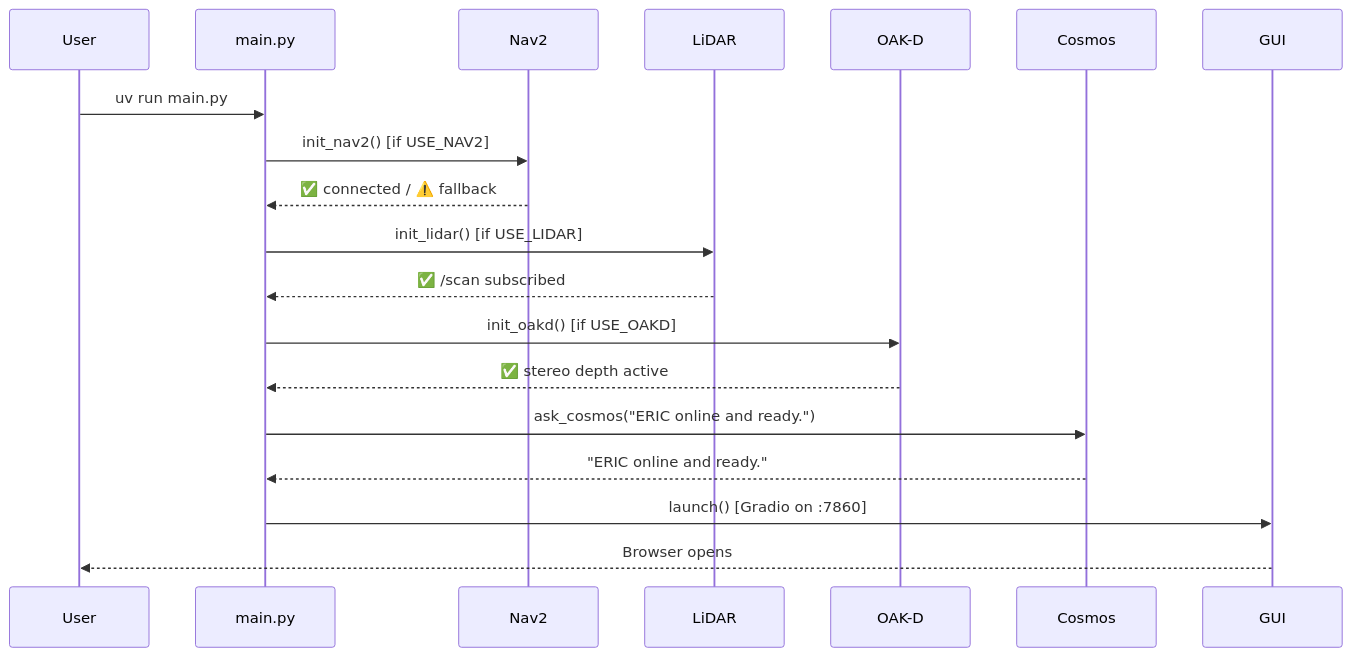
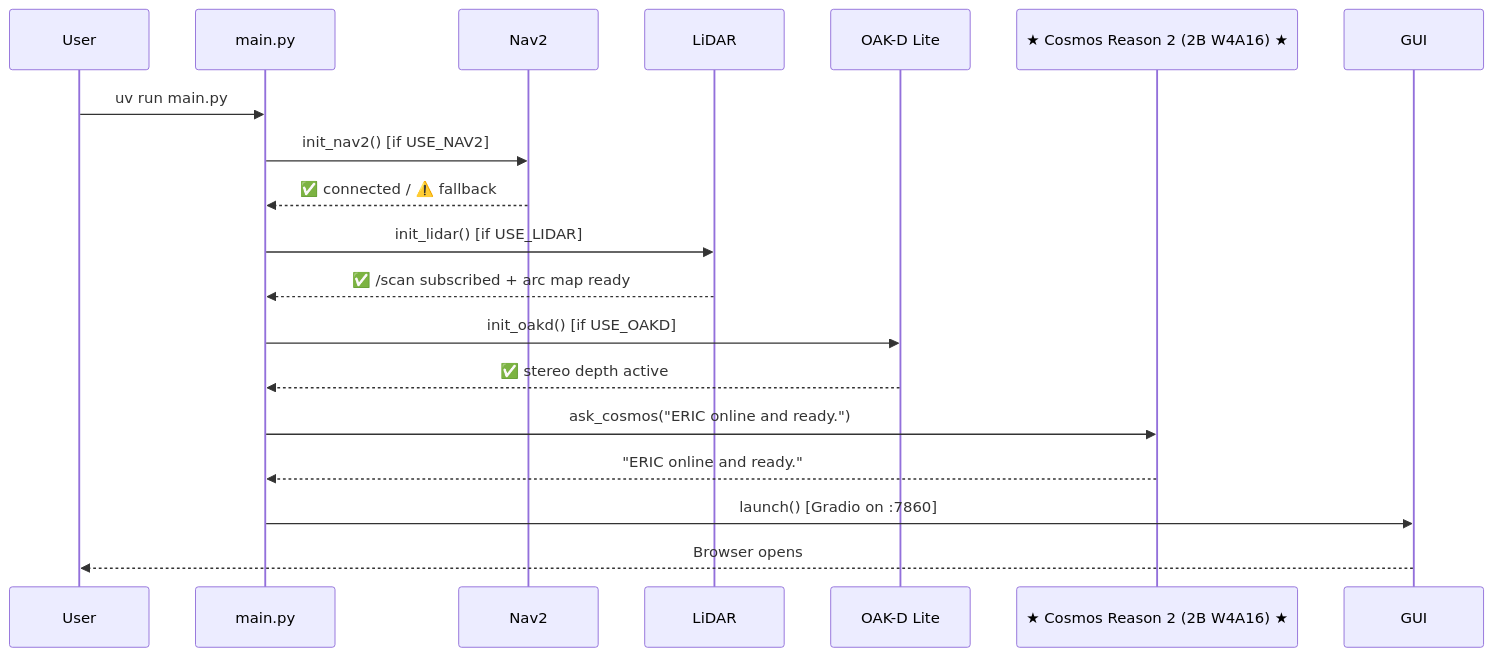
One commit to OppaAI/eric changed the fifth of 8 diagrams in README.md. Above: the diagram before and after it, drawn with Mermaid. The commit also changed other lines of this file and 3 other files, not shown here.

Commit message:
Add obstacle avoidance algorithm for Cosmos Reason 2 to decide what to do next

````diff
--- a/README.md
+++ b/README.md
@@ -141,22 +210,22 @@
 ```mermaid
 sequenceDiagram
     participant User
     participant main.py
     participant Nav2
     participant LiDAR
-    participant OAK-D
-    participant Cosmos
+    participant OAKD as OAK-D Lite
+    participant Cosmos as ★ Cosmos Reason 2 (2B W4A16) ★
     participant GUI
 
     User->>main.py: uv run main.py
     main.py->>Nav2: init_nav2() [if USE_NAV2]
     Nav2-->>main.py: ✅ connected / ⚠️ fallback
     main.py->>LiDAR: init_lidar() [if USE_LIDAR]
-    LiDAR-->>main.py: ✅ /scan subscribed
-    main.py->>OAK-D: init_oakd() [if USE_OAKD]
-    OAK-D-->>main.py: ✅ stereo depth active
+    LiDAR-->>main.py: ✅ /scan subscribed + arc map ready
+    main.py->>OAKD: init_oakd() [if USE_OAKD]
+    OAKD-->>main.py: ✅ stereo depth active
     main.py->>Cosmos: ask_cosmos("ERIC online and ready.")
     Cosmos-->>main.py: "ERIC online and ready."
     main.py->>GUI: launch() [Gradio on :7860]
     GUI-->>User: Browser opens
 ```
````
